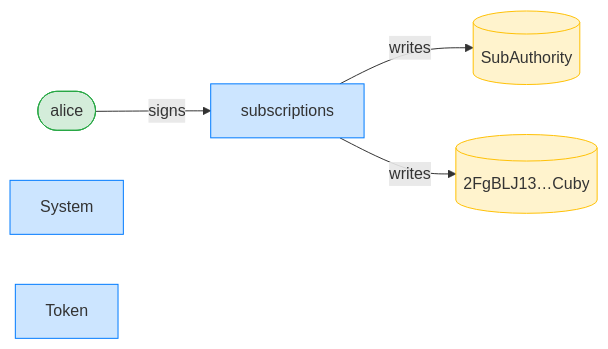
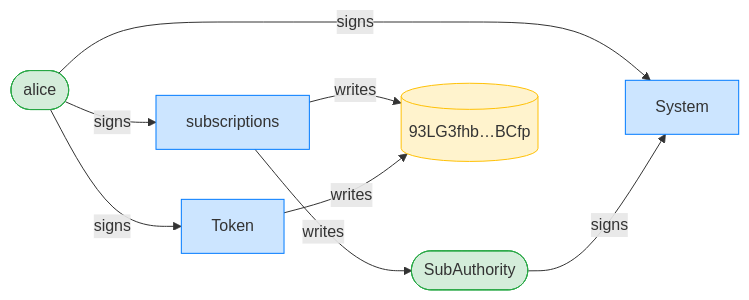
The third of 12 diagrams in dsl_tests/fixed-transfer-cannot-exceed-the-allowance-across-pulls.md (cds-rs/subscriptions), drawn with Mermaid before and after one commit. The commit also changed other lines of this file and 224 other files, not shown here.

````diff
--- a/dsl_tests/fixed-transfer-cannot-exceed-the-allowance-across-pulls.md
+++ b/dsl_tests/fixed-transfer-cannot-exceed-the-allowance-across-pulls.md
@@ -55,15 +56,19 @@
 ```mermaid
 flowchart LR
     classDef signer fill:#d4edda,stroke:#28a745;
     classDef program fill:#cce5ff,stroke:#007bff;
     classDef writable fill:#fff3cd,stroke:#ffc107;
     subscriptions[subscriptions]:::program
     alice([alice]):::signer
-    SubAuthority[(SubAuthority)]:::writable
-    2FgBLJ13_Cuby[("2FgBLJ13…Cuby")]:::writable
+    SubAuthority([SubAuthority]):::signer
+    93LG3fhb_BCfp[("93LG3fhb…BCfp")]:::writable
     System[System]:::program
     Token[Token]:::program
     alice -->|signs| subscriptions
+    alice -->|signs| System
+    SubAuthority -->|signs| System
+    alice -->|signs| Token
     subscriptions -->|writes| SubAuthority
-    subscriptions -->|writes| 2FgBLJ13_Cuby
+    subscriptions -->|writes| 93LG3fhb_BCfp
+    Token -->|writes| 93LG3fhb_BCfp
 ```
````
